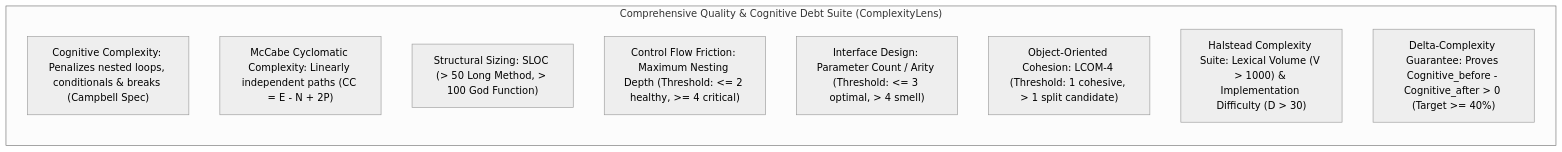
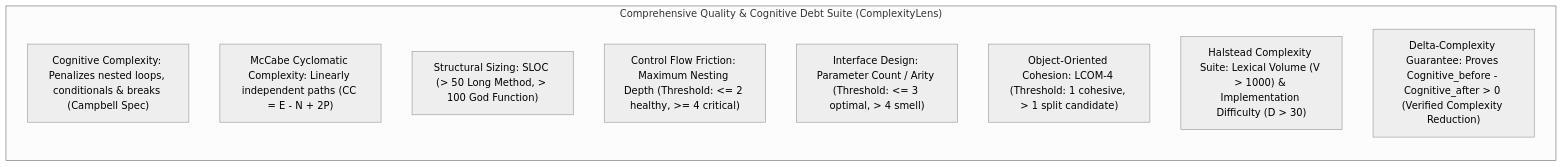
One commit to Fool-Penguin/Senior-Project changed the first of 4 diagrams in 01_project_proposals/02_Competitor_Analysis_And_Datasets_Report.md. Above: the diagram before and after it, drawn with Mermaid (neutral theme). The commit also changed other lines of this file and 1 other file, not shown here.

Commit message:
docs: remove speculative numbers (20ms, 40%) and generalize to verified reduction guarantee

````diff
--- a/01_project_proposals/02_Competitor_Analysis_And_Datasets_Report.md
+++ b/01_project_proposals/02_Competitor_Analysis_And_Datasets_Report.md
@@ -35,14 +35,14 @@
 ```mermaid
 flowchart TD
     subgraph QualityMetrics ["Comprehensive Quality & Cognitive Debt Suite (ComplexityLens)"]
         direction TB
         M1["Cognitive Complexity: Penalizes nested loops, conditionals & breaks (Campbell Spec)"]
         M2["McCabe Cyclomatic Complexity: Linearly independent paths (CC = E - N + 2P)"]
         M3["Structural Sizing: SLOC (> 50 Long Method, > 100 God Function)"]
         M4["Control Flow Friction: Maximum Nesting Depth (Threshold: <= 2 healthy, >= 4 critical)"]
         M5["Interface Design: Parameter Count / Arity (Threshold: <= 3 optimal, > 4 smell)"]
         M6["Object-Oriented Cohesion: LCOM-4 (Threshold: 1 cohesive, > 1 split candidate)"]
         M7["Halstead Complexity Suite: Lexical Volume (V > 1000) & Implementation Difficulty (D > 30)"]
-        M8["Delta-Complexity Guarantee: Proves Cognitive_before - Cognitive_after > 0 (Target >= 40%)"]
+        M8["Delta-Complexity Guarantee: Proves Cognitive_before - Cognitive_after > 0 (Verified Complexity Reduction)"]
     end
 ```
````
